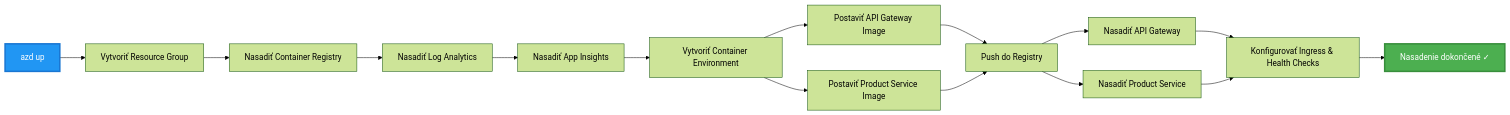
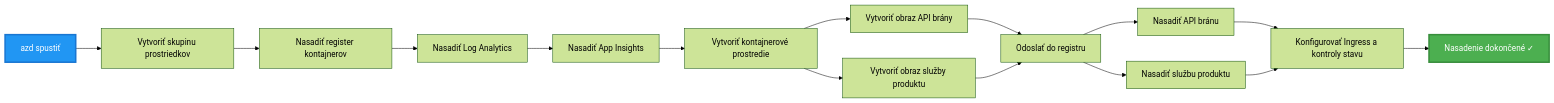
Before and after one commit to microsoft/AZD-for-beginners: the third of 4 diagrams in translations/sk/examples/microservices/README.md, drawn with Mermaid (forest theme). The commit also changed other lines of this file and 242 other files, not shown here.

````diff
--- a/translations/sk/examples/microservices/README.md
+++ b/translations/sk/examples/microservices/README.md
@@ -242,20 +233,20 @@
 ```mermaid
 graph LR
-    A[azd up] --> B[Vytvoriť Resource Group]
-    B --> C[Nasadiť Container Registry]
+    A[azd spustiť] --> B[Vytvoriť skupinu prostriedkov]
+    B --> C[Nasadiť register kontajnerov]
     C --> D[Nasadiť Log Analytics]
     D --> E[Nasadiť App Insights]
-    E --> F[Vytvoriť Container Environment]
-    F --> G[Postaviť API Gateway Image]
-    F --> H[Postaviť Product Service Image]
-    G --> I[Push do Registry]
+    E --> F[Vytvoriť kontajnerové prostredie]
+    F --> G[Vytvoriť obraz API brány]
+    F --> H[Vytvoriť obraz služby produktu]
+    G --> I[Odoslať do registru]
     H --> I
-    I --> J[Nasadiť API Gateway]
-    I --> K[Nasadiť Product Service]
-    J --> L[Konfigurovať Ingress & Health Checks]
+    I --> J[Nasadiť API bránu]
+    I --> K[Nasadiť službu produktu]
+    J --> L[Konfigurovať Ingress a kontroly stavu]
     K --> L
     L --> M[Nasadenie dokončené ✓]
     
     style A fill:#2196F3,stroke:#1976D2,stroke-width:3px,color:#fff
     style M fill:#4CAF50,stroke:#388E3C,stroke-width:3px,color:#fff
 ```
````
